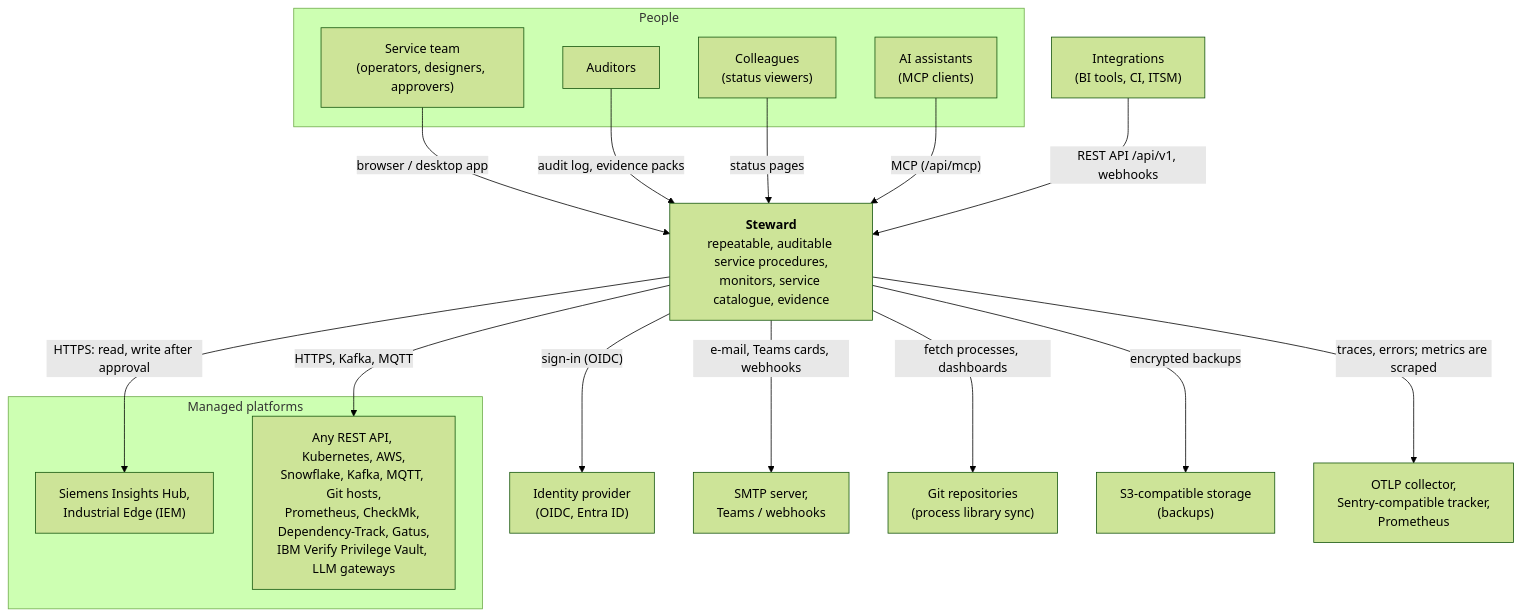
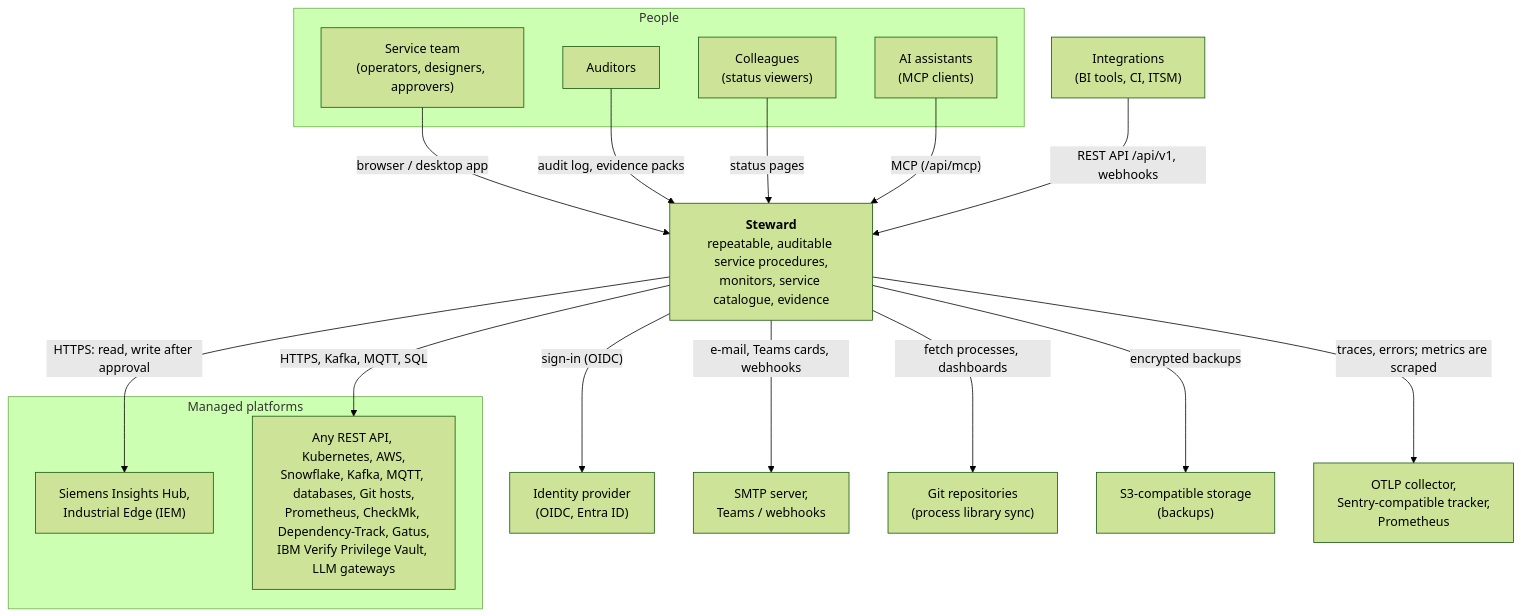
The first of 2 diagrams in docs/ARCHITECTURE.md (vxrz/Steward), drawn with Mermaid (forest theme) before and after one commit. The commit also changed other lines of this file and 4 other files, not shown here.

Commit message:
docs: database platforms (DATABASES.md with read-only roles), architecture, MCP, monitors, changelog

````diff
--- a/docs/ARCHITECTURE.md
+++ b/docs/ARCHITECTURE.md
@@ -9,36 +9,36 @@
 ```mermaid
 flowchart TB
   subgraph people [People]
     ops["Service team<br/>(operators, designers, approvers)"]
     aud["Auditors"]
     viewers["Colleagues<br/>(status viewers)"]
     ai["AI assistants<br/>(MCP clients)"]
   end
 
   steward["<b>Steward</b><br/>repeatable, auditable service procedures,<br/>monitors, service catalogue, evidence"]
 
   subgraph platforms [Managed platforms]
     ih["Siemens Insights Hub,<br/>Industrial Edge (IEM)"]
-    rest["Any REST API, Kubernetes, AWS,<br/>Snowflake, Kafka, MQTT, Git hosts,<br/>Prometheus, CheckMk, Dependency-Track, Gatus,<br/>IBM Verify Privilege Vault, LLM gateways"]
+    rest["Any REST API, Kubernetes, AWS,<br/>Snowflake, Kafka, MQTT, databases, Git hosts,<br/>Prometheus, CheckMk, Dependency-Track, Gatus,<br/>IBM Verify Privilege Vault, LLM gateways"]
   end
 
   idp["Identity provider<br/>(OIDC, Entra ID)"]
   mail["SMTP server,<br/>Teams / webhooks"]
   git["Git repositories<br/>(process library sync)"]
   s3["S3-compatible storage<br/>(backups)"]
   obs["OTLP collector,<br/>Sentry-compatible tracker,<br/>Prometheus"]
   int["Integrations<br/>(BI tools, CI, ITSM)"]
 
   ops -->|"browser / desktop app"| steward
   aud -->|"audit log, evidence packs"| steward
   viewers -->|"status pages"| steward
   ai -->|"MCP (/api/mcp)"| steward
   int -->|"REST API /api/v1, webhooks"| steward
   steward -->|"HTTPS: read, write after approval"| ih
-  steward -->|"HTTPS, Kafka, MQTT"| rest
+  steward -->|"HTTPS, Kafka, MQTT, SQL"| rest
   steward -->|"sign-in (OIDC)"| idp
   steward -->|"e-mail, Teams cards, webhooks"| mail
   steward -->|"fetch processes, dashboards"| git
   steward -->|"encrypted backups"| s3
   steward -->|"traces, errors; metrics are scraped"| obs
 ```
````
